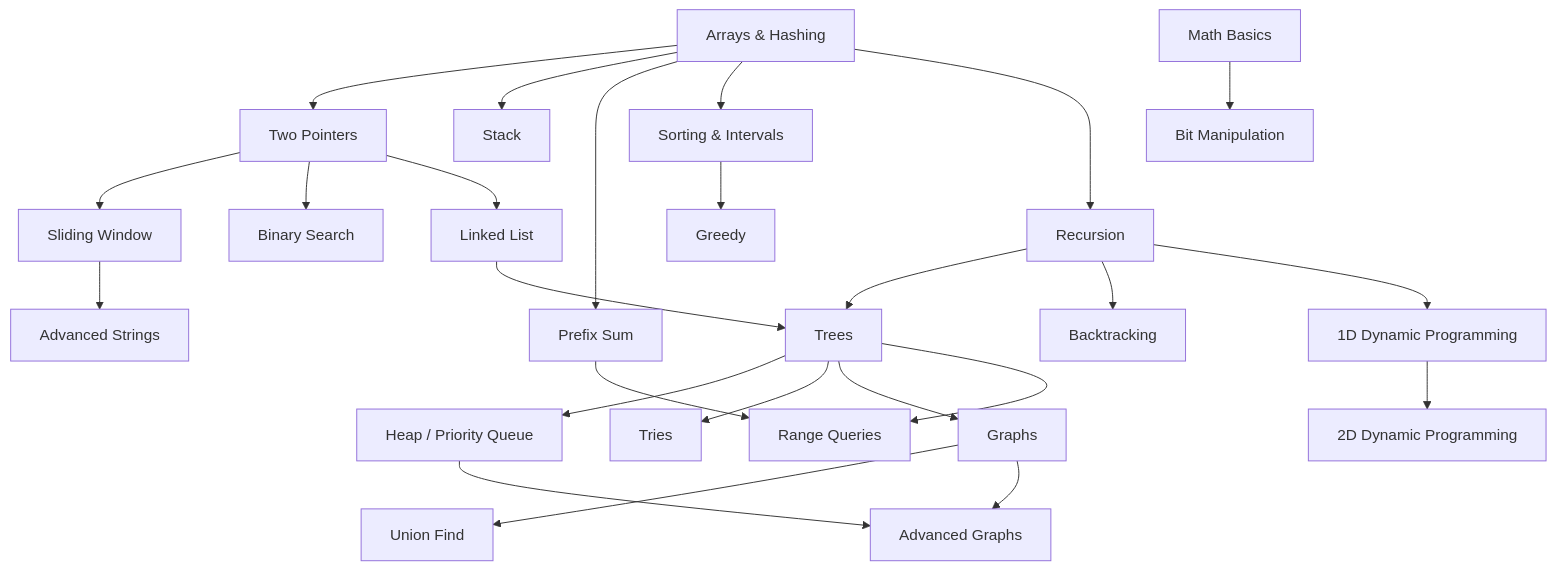
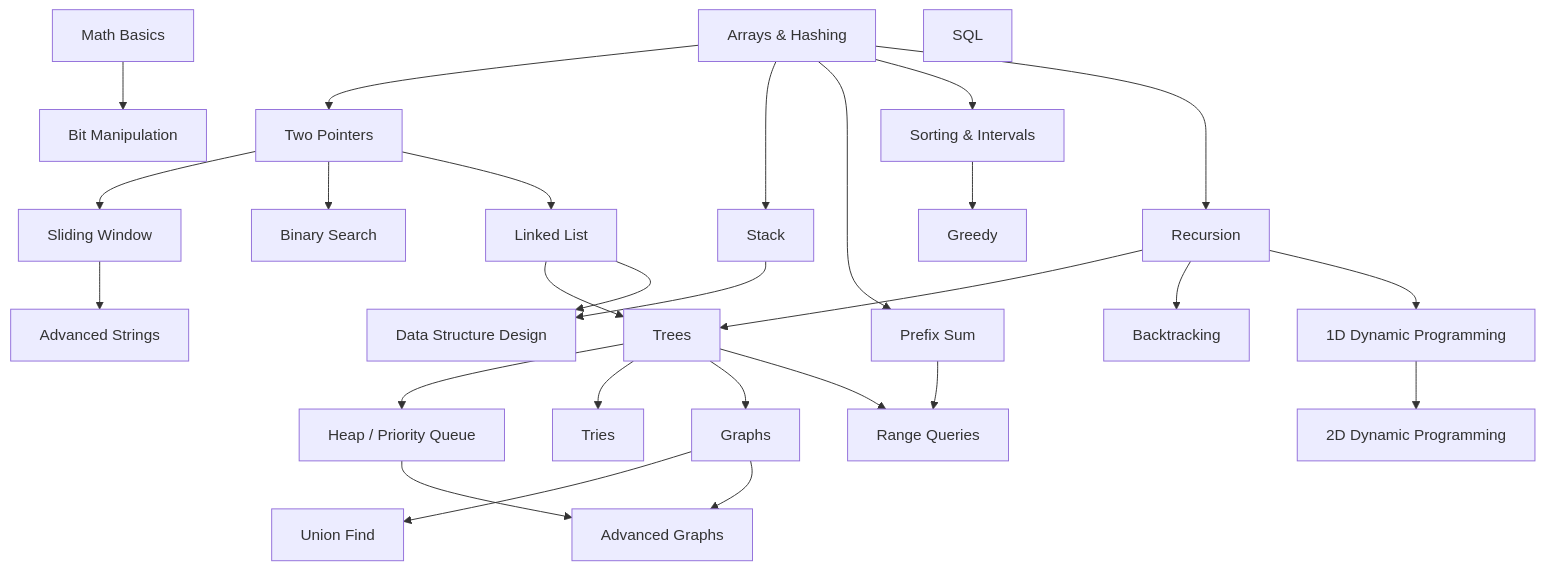
Before and after one commit to Royc4515/leet-for-berger: the diagram in content/README.md, drawn with Mermaid. The commit also changed other lines of this file and 8 other files, not shown here.

````diff
--- a/content/README.md
+++ b/content/README.md
@@ -60,50 +66,54 @@
 ```mermaid
 graph TD
   arrays_hashing["Arrays & Hashing"]
   math_basics["Math Basics"]
+  sql["SQL"]
   two_pointers["Two Pointers"]
   stack["Stack"]
   prefix_sum["Prefix Sum"]
   sorting_intervals["Sorting & Intervals"]
   bit_manipulation["Bit Manipulation"]
   recursion["Recursion"]
   sliding_window["Sliding Window"]
   binary_search["Binary Search"]
   linked_list["Linked List"]
   greedy["Greedy"]
   trees["Trees"]
   backtracking["Backtracking"]
   dp_1d["1D Dynamic Programming"]
+  design["Data Structure Design"]
   strings_advanced["Advanced Strings"]
   heap["Heap / Priority Queue"]
   tries["Tries"]
   graphs["Graphs"]
   dp_2d["2D Dynamic Programming"]
   union_find["Union Find"]
   advanced_graphs["Advanced Graphs"]
   range_queries["Range Queries"]
   arrays_hashing --> two_pointers
   arrays_hashing --> stack
   arrays_hashing --> prefix_sum
   arrays_hashing --> sorting_intervals
   math_basics --> bit_manipulation
   arrays_hashing --> recursion
   two_pointers --> sliding_window
   two_pointers --> binary_search
   two_pointers --> linked_list
   sorting_intervals --> greedy
   recursion --> trees
   linked_list --> trees
   recursion --> backtracking
   recursion --> dp_1d
+  linked_list --> design
+  stack --> design
   sliding_window --> strings_advanced
   trees --> heap
   trees --> tries
   trees --> graphs
   dp_1d --> dp_2d
   graphs --> union_find
   graphs --> advanced_graphs
   heap --> advanced_graphs
   prefix_sum --> range_queries
   trees --> range_queries
 ```
````
